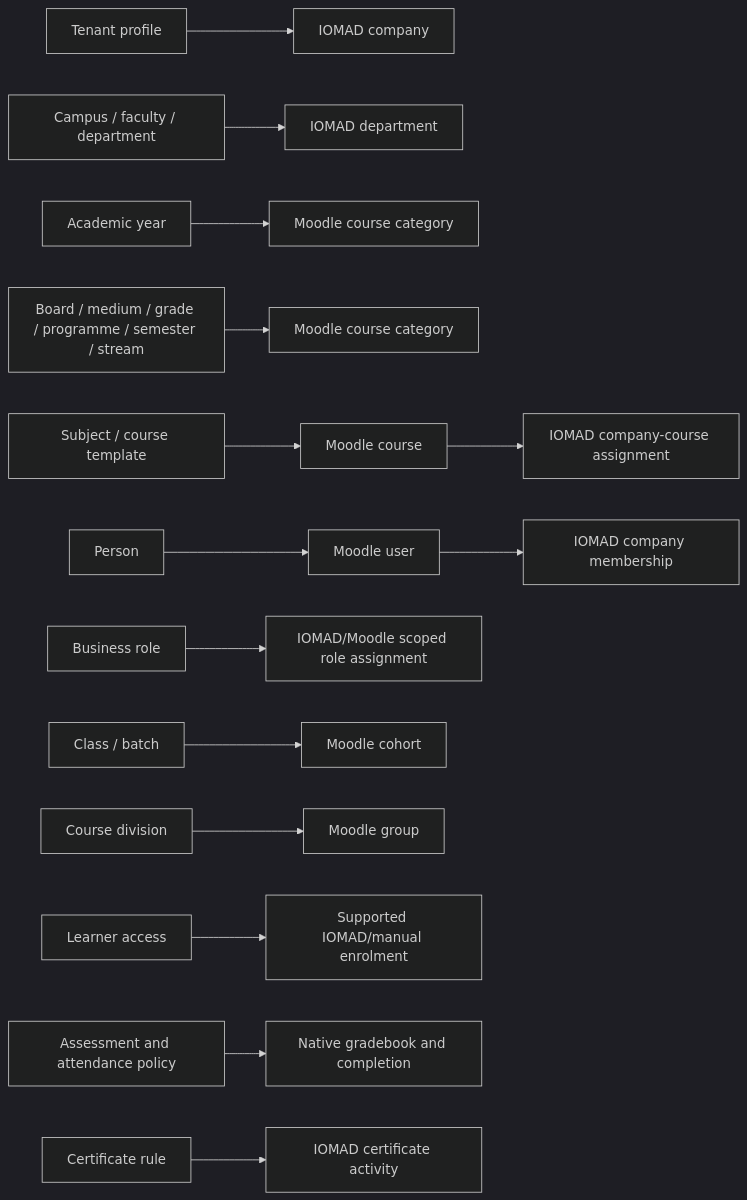
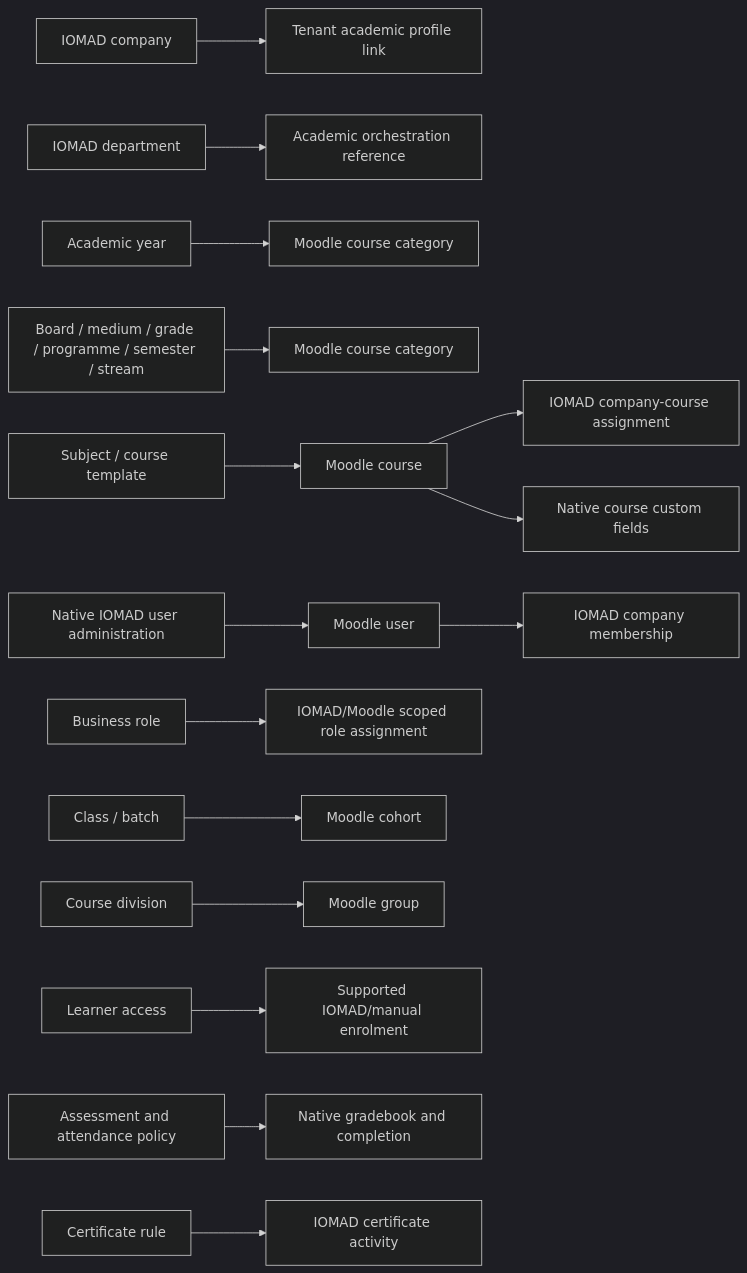
The second of 2 diagrams in docs/tenant-master/architecture.md (hardikidea/iomad_learning), drawn with Mermaid (dark theme) before and after one commit. The commit also changed other lines of this file and 40 other files, not shown here.

Commit message:
Refactor Tenant Master initialization to adopt existing native companies without duplicating data; update version to 1.2.0 and enhance documentation for native-first administration.

````diff
--- a/docs/tenant-master/architecture.md
+++ b/docs/tenant-master/architecture.md
@@ -45,17 +47,18 @@
 ```mermaid
 flowchart LR
-    T["Tenant profile"] --> C["IOMAD company"]
-    O["Campus / faculty / department"] --> D["IOMAD department"]
+    C["IOMAD company"] --> T["Tenant academic profile link"]
+    D["IOMAD department"] --> O["Academic orchestration reference"]
     AY["Academic year"] --> AYC["Moodle course category"]
     G["Board / medium / grade / programme / semester / stream"] --> CAT["Moodle course category"]
     S["Subject / course template"] --> COURSE["Moodle course"]
     COURSE --> CC["IOMAD company-course assignment"]
-    P["Person"] --> USER["Moodle user"]
+    COURSE --> CF["Native course custom fields"]
+    P["Native IOMAD user administration"] --> USER["Moodle user"]
     USER --> CU["IOMAD company membership"]
     R["Business role"] --> RA["IOMAD/Moodle scoped role assignment"]
     CO["Class / batch"] --> COHORT["Moodle cohort"]
     SEC["Course division"] --> GROUP["Moodle group"]
     E["Learner access"] --> ENROL["Supported IOMAD/manual enrolment"]
     AP["Assessment and attendance policy"] --> GRADE["Native gradebook and completion"]
     CP["Certificate rule"] --> CERT["IOMAD certificate activity"]
 ```
````
